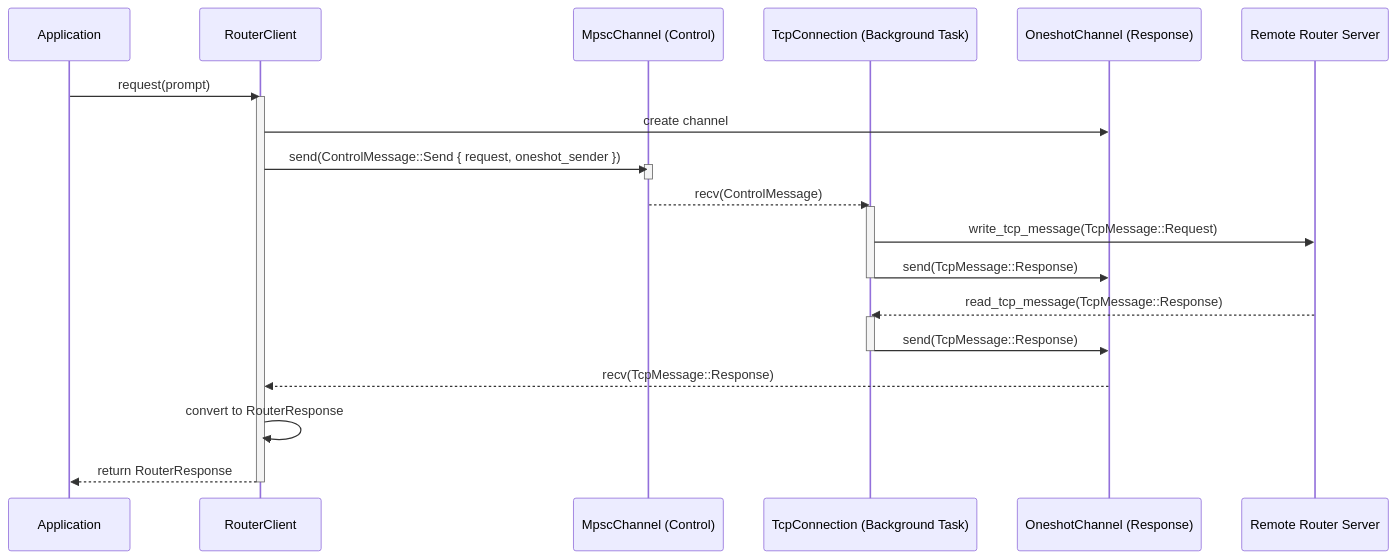
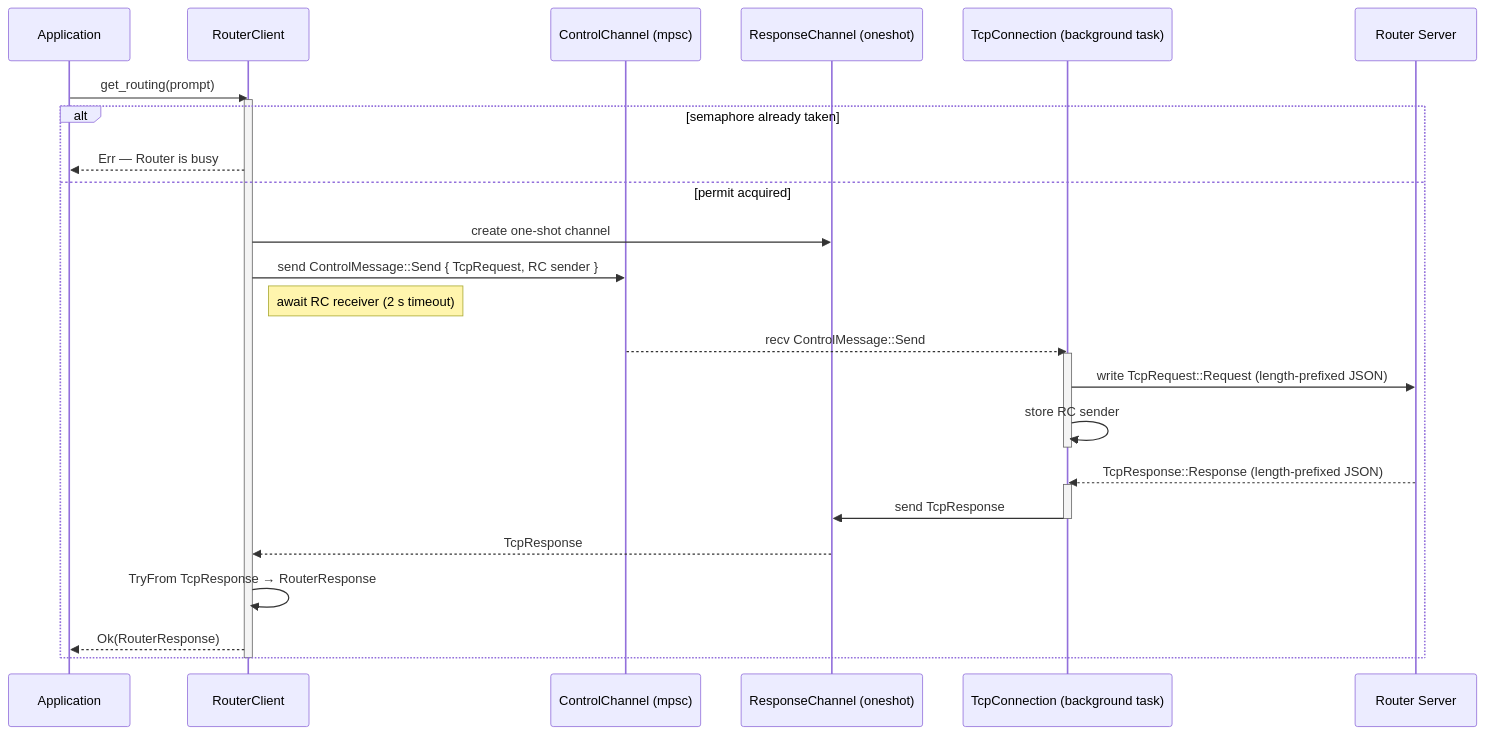
The third of 5 diagrams in docs/router.md (js-lib-rust/jarvis), drawn with Mermaid before and after one commit. The commit also changed other lines of this file, not shown here.

Commit message:
docs(router): rewrite router.md with updated class diagram, full sequence diagrams and wire protocol

````diff
--- a/docs/router.md
+++ b/docs/router.md
@@ -109,32 +142,37 @@
 ```mermaid
 sequenceDiagram
     participant App as Application
     participant Client as RouterClient
-    participant Mpsc as MpscChannel (Control)
-    participant Manager as TcpConnection (Background Task)
-    participant Oneshot as OneshotChannel (Response)
-    participant Server as Remote Router Server
+    participant CC as ControlChannel (mpsc)
+    participant RC as ResponseChannel (oneshot)
+    participant Manager as TcpConnection (background task)
+    participant Server as Router Server
 
-    App->>Client: request(prompt)
+    App->>Client: get_routing(prompt)
     activate Client
-    Client->>Oneshot: create channel
-    Client->>Mpsc: send(ControlMessage::Send { request, oneshot_sender })
-    activate Mpsc
-    deactivate Mpsc
-    
-    Mpsc-->>Manager: recv(ControlMessage)
-    activate Manager
-    Manager->>Server: write_tcp_message(TcpMessage::Request)
-    Manager->>Oneshot: send(TcpMessage::Response)
-    deactivate Manager
-    
-    Server-->>Manager: read_tcp_message(TcpMessage::Response)
-    activate Manager
-    Manager->>Oneshot: send(TcpMessage::Response)
-    deactivate Manager
-    
-    Oneshot-->>Client: recv(TcpMessage::Response)
-    Client->>Client: convert to RouterResponse
-    Client-->>App: return RouterResponse
+
+    alt semaphore already taken
+        Client-->>App: Err — Router is busy
+    else permit acquired
+        Client->>RC: create one-shot channel
+        Client->>CC: send ControlMessage::Send { TcpRequest, RC sender }
+        Note right of Client: await RC receiver (2 s timeout)
+
+        CC-->>Manager: recv ControlMessage::Send
+        activate Manager
+        Manager->>Server: write TcpRequest::Request (length-prefixed JSON)
+        Manager->>Manager: store RC sender
+        deactivate Manager
+
+        Server-->>Manager: TcpResponse::Response (length-prefixed JSON)
+        activate Manager
+        Manager->>RC: send TcpResponse
+        deactivate Manager
+
+        RC-->>Client: TcpResponse
+        Client->>Client: TryFrom TcpResponse → RouterResponse
+        Client-->>App: Ok(RouterResponse)
+    end
+
     deactivate Client
 ```
````
